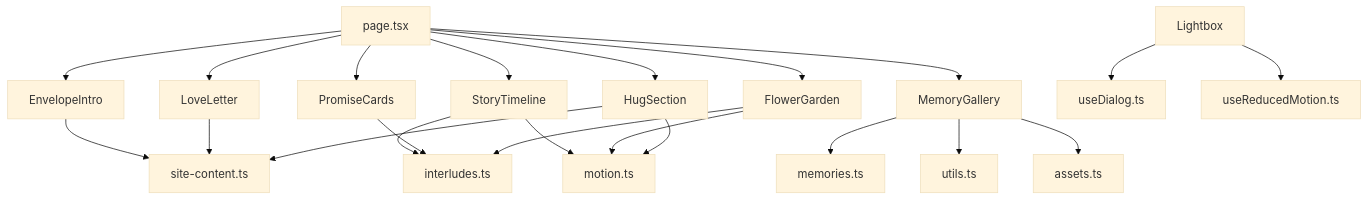
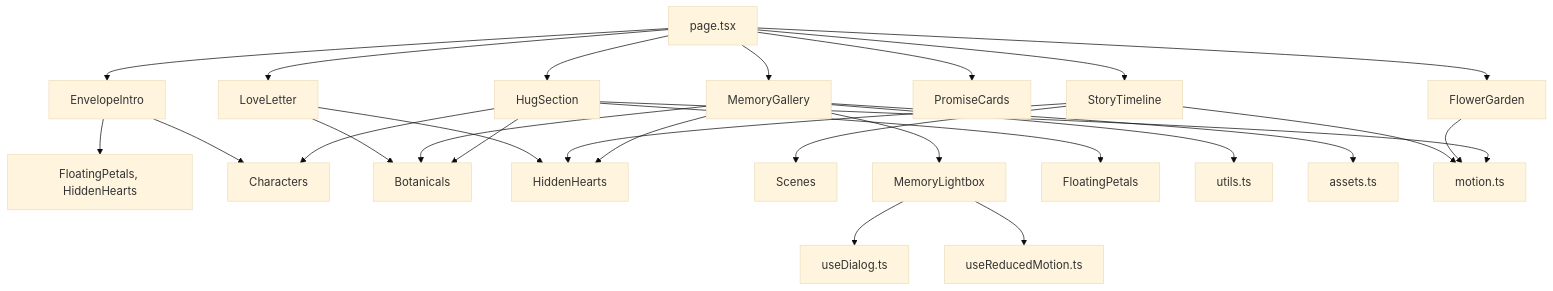
The sixth of 6 diagrams in .qoder/repowiki/en/content/Implementation Guide/Component Architecture.md (quangkiet1/anh-xin-loi), drawn with Mermaid (base theme) before and after one commit. The commit also changed other lines of this file and 13 other files, not shown here.

````diff
--- a/.qoder/repowiki/en/content/Implementation Guide/Component Architecture.md
+++ b/.qoder/repowiki/en/content/Implementation Guide/Component Architecture.md
@@ -370,24 +523,29 @@
 ```mermaid
 graph TB
-Page["page.tsx"] --> Envelope["EnvelopeIntro"]
+Page["page.tsx"] --> Entrance["EnvelopeIntro"]
 Page --> Letter["LoveLetter"]
 Page --> Timeline["StoryTimeline"]
 Page --> Gallery["MemoryGallery"]
 Page --> Promises["PromiseCards"]
 Page --> Garden["FlowerGarden"]
-Page --> Hug["HugSection"]
-Envelope --> SiteContent["site-content.ts"]
-Letter --> SiteContent
-Timeline --> Interludes["interludes.ts"]
-Gallery --> Memories["memories.ts"]
-Promises --> Interludes
-Garden --> Interludes
-Hug --> SiteContent
+Page --> Ending["HugSection"]
+Entrance --> Effects["FloatingPetals, HiddenHearts"]
+Entrance --> Characters["Characters"]
+Letter --> Botanicals["Botanicals"]
+Letter --> Hearts["HiddenHearts"]
+Timeline --> Scenes["Scenes"]
+Timeline --> Hearts
+Gallery --> Botanicals
+Gallery --> Hearts
+Gallery --> Lightbox["MemoryLightbox"]
+Ending --> Botanicals
+Ending --> Characters
+Ending --> Petals["FloatingPetals"]
 Gallery --> Utils["utils.ts"]
 Gallery --> Assets["assets.ts"]
 Timeline --> Motion["motion.ts"]
 Garden --> Motion
-Hug --> Motion
-Lightbox["Lightbox"] --> DialogHook["useDialog.ts"]
+Ending --> Motion
+Lightbox --> DialogHook["useDialog.ts"]
 Lightbox --> ReducedMotion["useReducedMotion.ts"]
 ```
````
